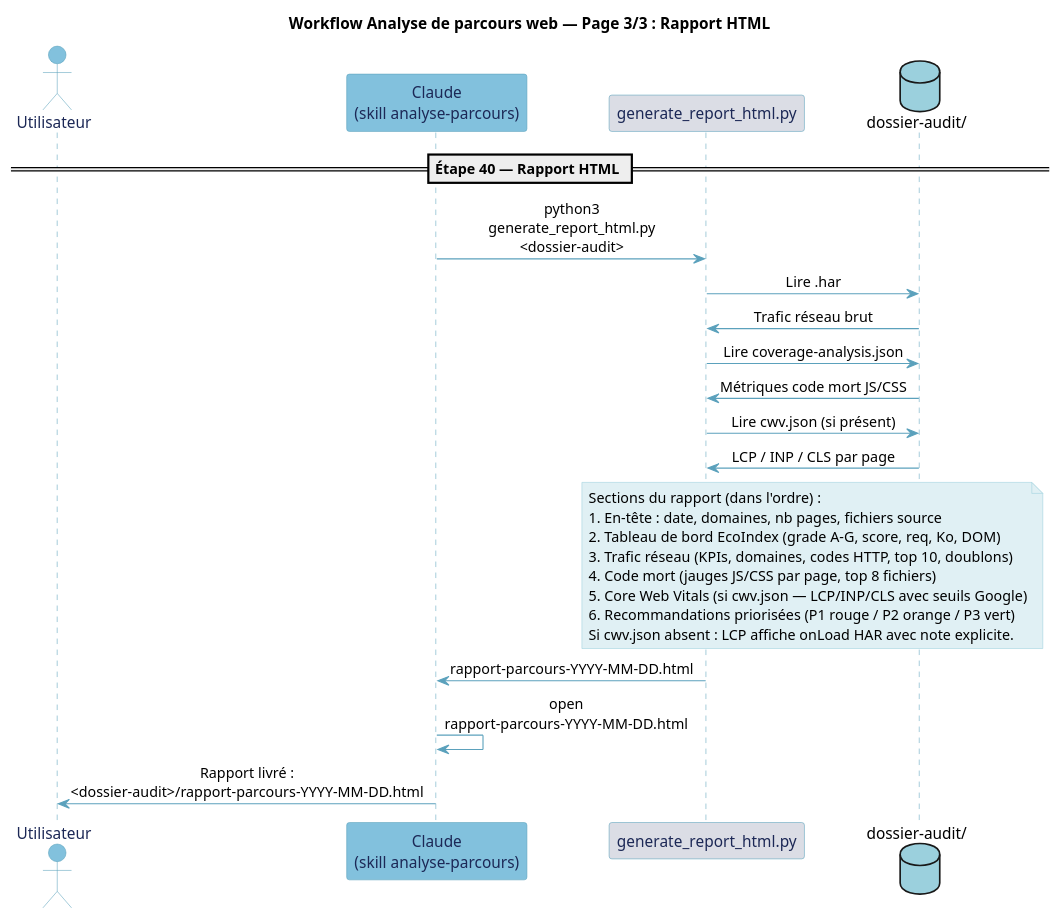
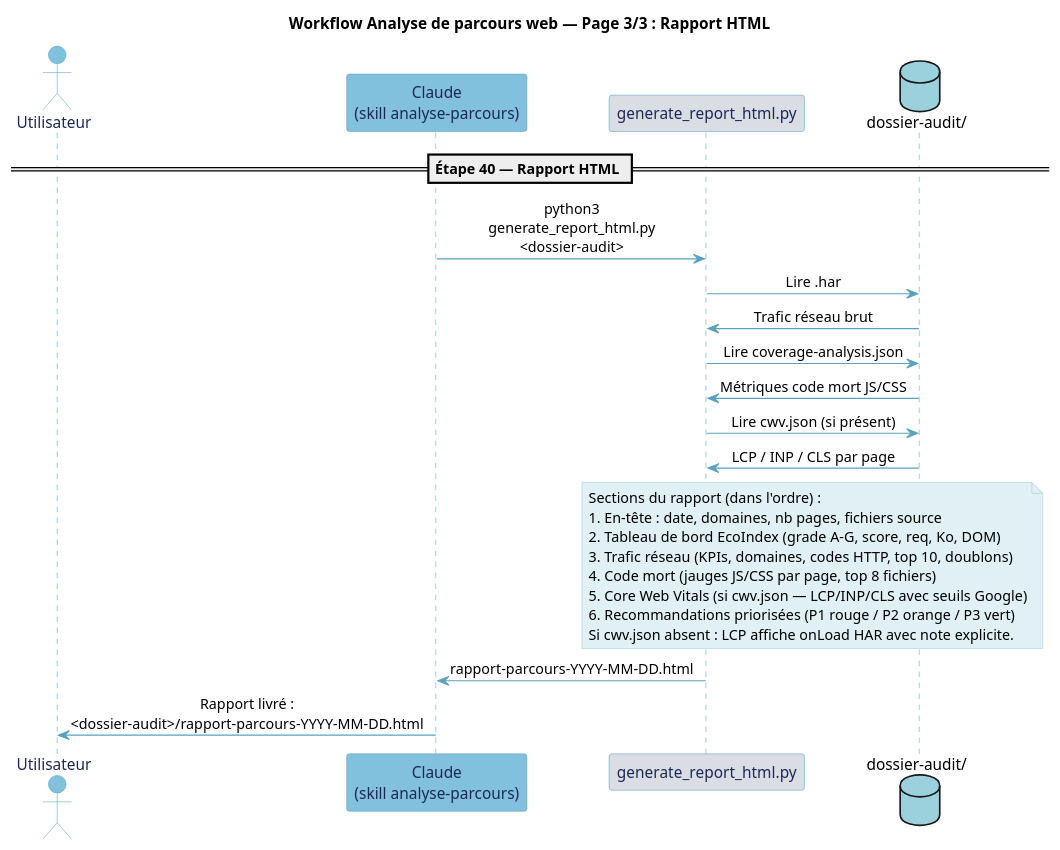
One commit to Boavizta/eroom changed the third of 5 diagrams in .claude/skills/diagrammes-analyse-parcours/SKILL.md. Above: the diagram before and after it, drawn with PlantUML. The commit also changed other lines of this file and 3 other files, not shown here.

````diff
--- a/.claude/skills/diagrammes-analyse-parcours/SKILL.md
+++ b/.claude/skills/diagrammes-analyse-parcours/SKILL.md
@@ -235,57 +235,56 @@
 ```plantuml
 @startuml analyse-parcours-p3
 title Workflow Analyse de parcours web — Page 3/3 : Rapport HTML
 
 skinparam backgroundColor #FFFFFF
 skinparam participant {
   BackgroundColor #E0F0F4
   BorderColor #5BA1BC
   FontColor #1C2856
 }
 skinparam actor {
   BackgroundColor #E0F0F4
   BorderColor #5BA1BC
   FontColor #1C2856
 }
 skinparam ArrowColor #5BA1BC
 skinparam SequenceLifeLineBorderColor #5BA1BC
 skinparam SequenceGroupBodyBackgroundColor #ECECF2
 skinparam SequenceGroupBorderColor #5BA1BC
 skinparam NoteBackgroundColor #E0F0F4
 skinparam NoteBorderColor #9BD0DD
 skinparam sequenceMessageAlign center
 skinparam maxMessageSize 200
 skinparam responseMessageBelowArrow true
 
 actor "Utilisateur" as U #82C1DD
 participant "Claude\n(skill analyse-parcours)" as C #82C1DD
 participant "generate_report_html.py" as GR #DBDDE5
 database "dossier-audit/" as FS #9BD0DD
 
 == Étape 40 — Rapport HTML ==
 
 C -> GR : python3 generate_report_html.py <dossier-audit>
 GR -> FS : Lire .har
 FS -> GR : Trafic réseau brut
 GR -> FS : Lire coverage-analysis.json
 FS -> GR : Métriques code mort JS/CSS
 GR -> FS : Lire cwv.json (si présent)
 FS -> GR : LCP / INP / CLS par page
 
 note over GR, FS
   Sections du rapport (dans l'ordre) :
   1. En-tête : date, domaines, nb pages, fichiers source
   2. Tableau de bord EcoIndex (grade A-G, score, req, Ko, DOM)
   3. Trafic réseau (KPIs, domaines, codes HTTP, top 10, doublons)
   4. Code mort (jauges JS/CSS par page, top 8 fichiers)
   5. Core Web Vitals (si cwv.json — LCP/INP/CLS avec seuils Google)
   6. Recommandations priorisées (P1 rouge / P2 orange / P3 vert)
   Si cwv.json absent : LCP affiche onLoad HAR avec note explicite.
 end note
 
 GR -> C : rapport-parcours-YYYY-MM-DD.html
-C -> C : open rapport-parcours-YYYY-MM-DD.html
 C -> U : Rapport livré :\n<dossier-audit>/rapport-parcours-YYYY-MM-DD.html
 
 @enduml
 ```
````
